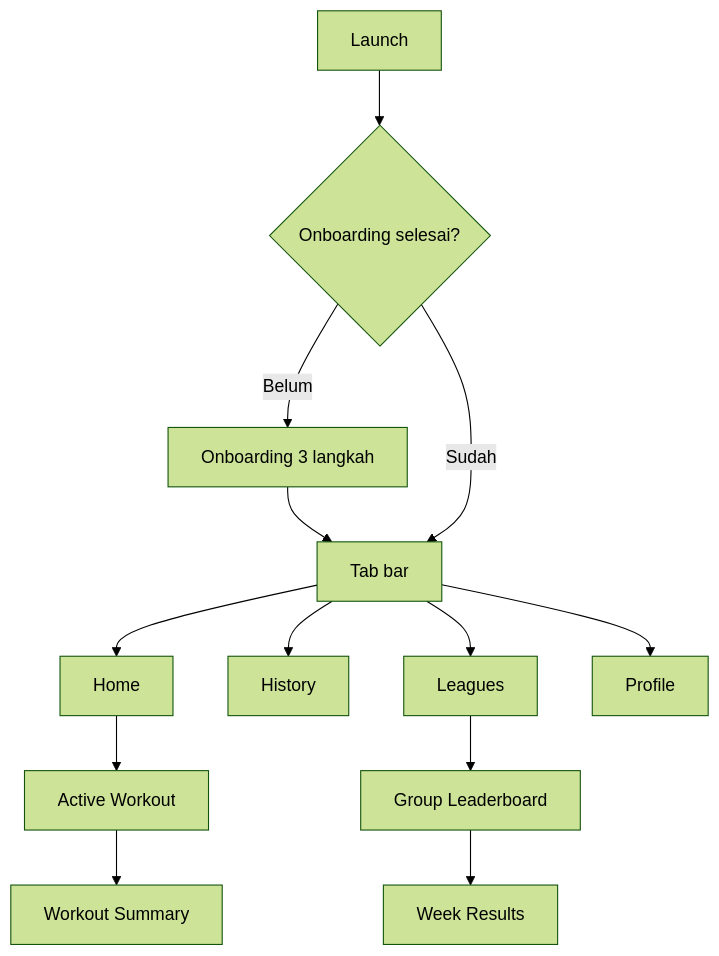
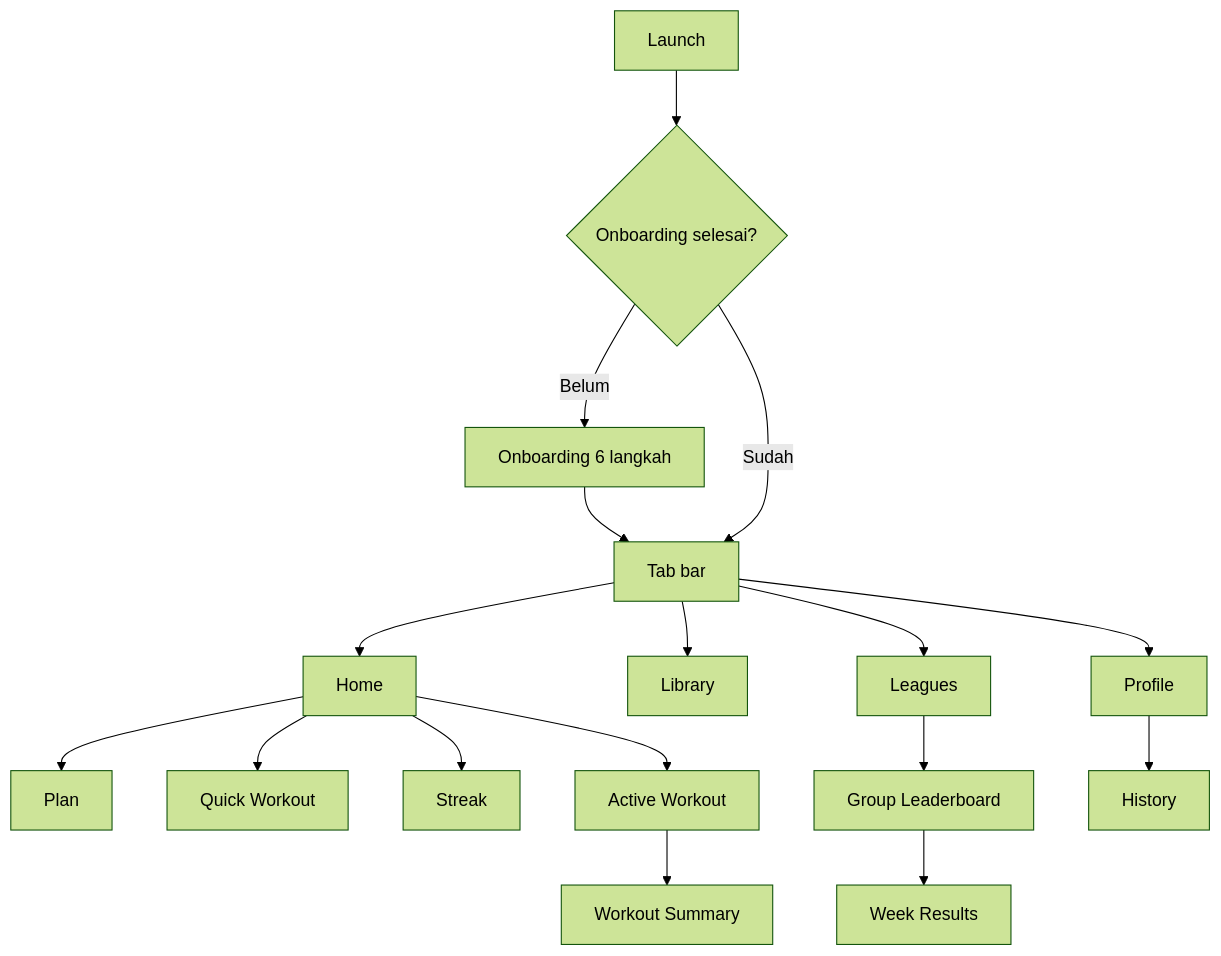
Before and after one commit to Plainthingstudio/rivaliftapp: the first of 2 diagrams in docs/PRD.md, drawn with Mermaid (forest theme). The commit also changed other lines of this file, not shown here.

First line of the commit message:
PRD: beginner rework (PLAN-01…09, LIB-07, PROG-07)

````diff
--- a/docs/PRD.md
+++ b/docs/PRD.md
@@ -294,15 +327,19 @@
 ```mermaid
 flowchart TD
     A[Launch] --> B{Onboarding selesai?}
-    B -- Belum --> C[Onboarding 3 langkah]
+    B -- Belum --> C[Onboarding 6 langkah]
     C --> D[Tab bar]
     B -- Sudah --> D
     D --> E[Home]
-    D --> F[History]
+    D --> F[Library]
     D --> G[Leagues]
     D --> H[Profile]
+    E --> P[Plan]
+    E --> Q[Quick Workout]
+    E --> S[Streak]
+    H --> R[History]
     E --> I[Active Workout]
     I --> J[Workout Summary]
     G --> K[Group Leaderboard]
     K --> L[Week Results]
 ```
````
